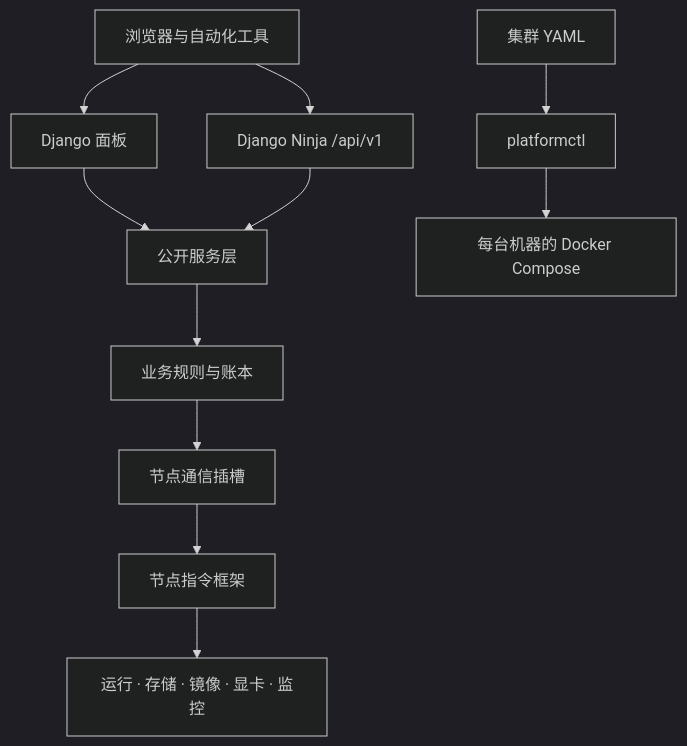
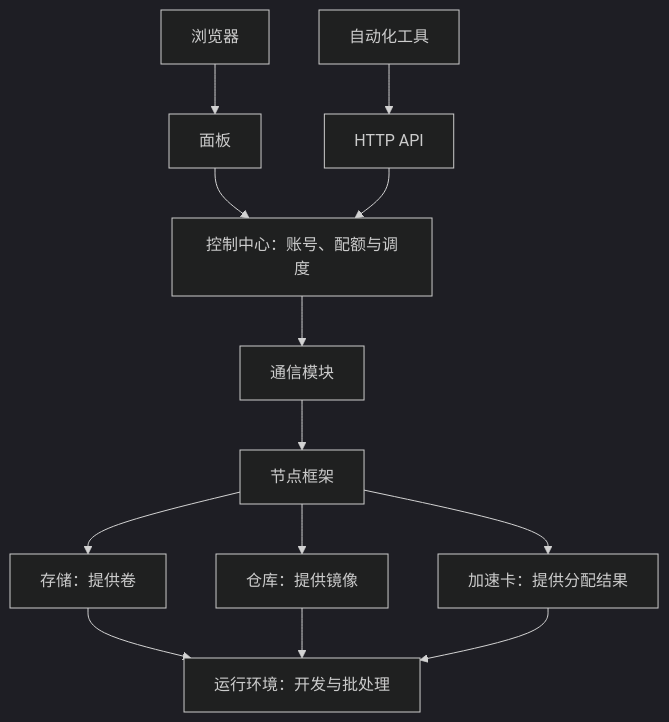
The diagram in docs/zh/architecture.md (Kndy666/gpu-platform), drawn with Mermaid (dark theme) before and after one commit. The commit also changed other lines of this file and 28 other files, not shown here.

````diff
--- a/docs/zh/architecture.md
+++ b/docs/zh/architecture.md
@@ -5,13 +7,15 @@
 ```mermaid
-flowchart TD
-    User[浏览器与自动化工具] --> Panel[Django 面板]
-    User --> API[Django Ninja /api/v1]
-    Panel --> Services[公开服务层]
-    API --> Services
-    Services --> Core[业务规则与账本]
-    Core --> Transport[节点通信插槽]
-    Transport --> Node[节点指令框架]
-    Node --> Modules[运行 · 存储 · 镜像 · 显卡 · 监控]
-    Config[集群 YAML] --> Installer[platformctl]
-    Installer --> Compose[每台机器的 Docker Compose]
+flowchart TB
+    Browser[浏览器] --> Panel[面板]
+    Automation[自动化工具] --> API[HTTP API]
+    Panel --> Control[控制中心：账号、配额与调度]
+    API --> Control
+    Control --> Transport[通信模块]
+    Transport --> Node[节点框架]
+    Node --> Storage[存储：提供卷]
+    Node --> Registry[仓库：提供镜像]
+    Node --> GPU[加速卡：提供分配结果]
+    Storage --> Runtime[运行环境：开发与批处理]
+    Registry --> Runtime
+    GPU --> Runtime
 ```
````
